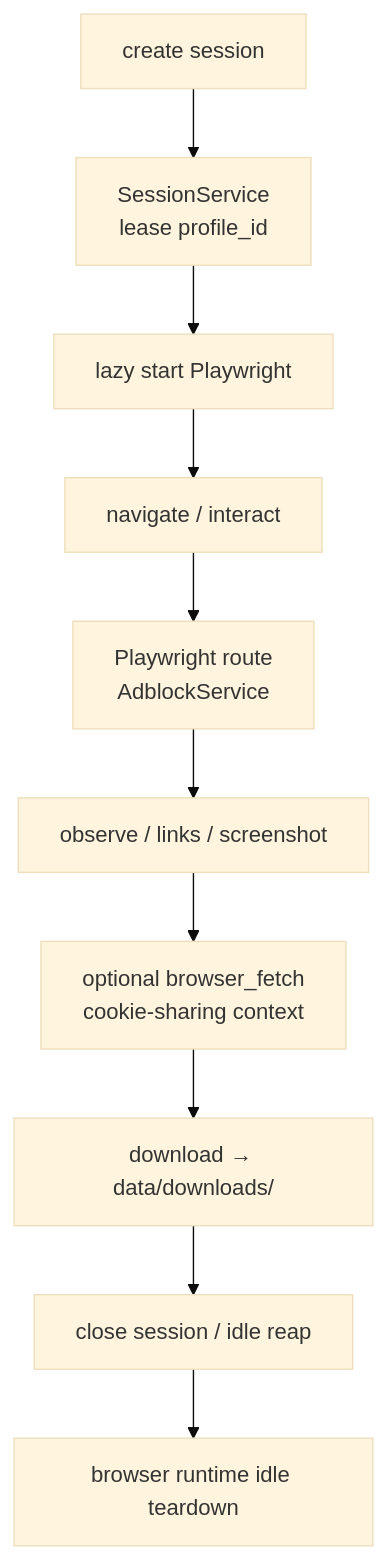
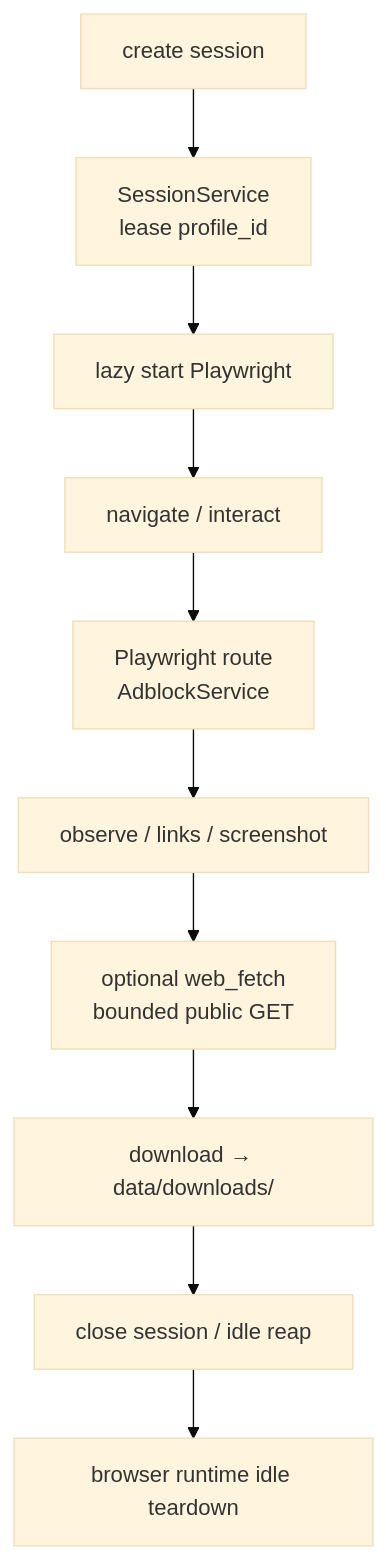
Before and after one commit to nomadbarefoot/SURF: the fourth of 7 diagrams in ARCHITECTURE.md, drawn with Mermaid (base theme). The commit also changed other lines of this file and 49 other files, not shown here.

````diff
--- a/ARCHITECTURE.md
+++ b/ARCHITECTURE.md
@@ -146,12 +146,12 @@
 ```mermaid
 flowchart TD
   A["create session"] --> B["SessionService<br/>lease profile_id"]
   B --> C["lazy start Playwright"]
   C --> D["navigate / interact"]
   D --> E["Playwright route<br/>AdblockService"]
   E --> F["observe / links / screenshot"]
-  F --> G["optional browser_fetch<br/>cookie-sharing context"]
+  F --> G["optional web_fetch<br/>bounded public GET"]
   G --> H["download → data/downloads/"]
   H --> I["close session / idle reap"]
   I --> J["browser runtime idle teardown"]
 ```
````
